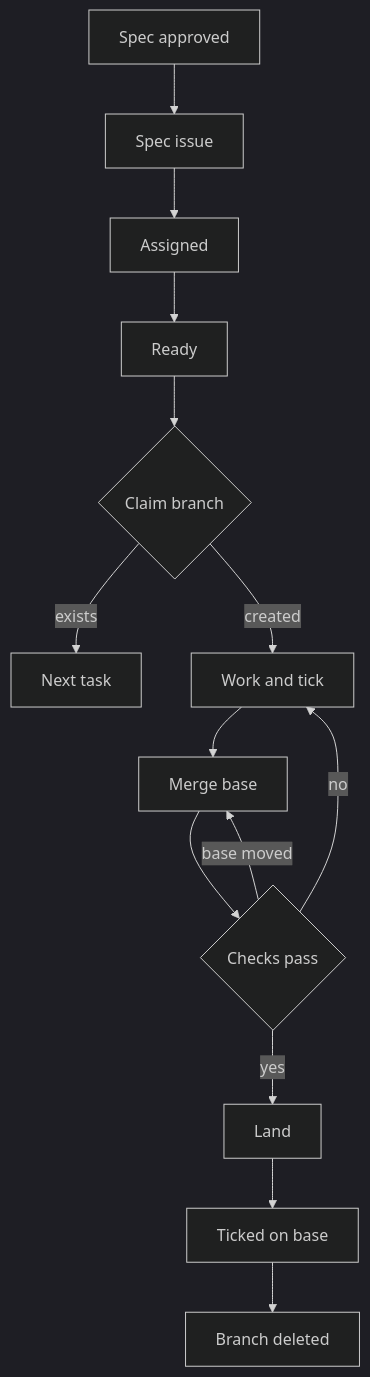
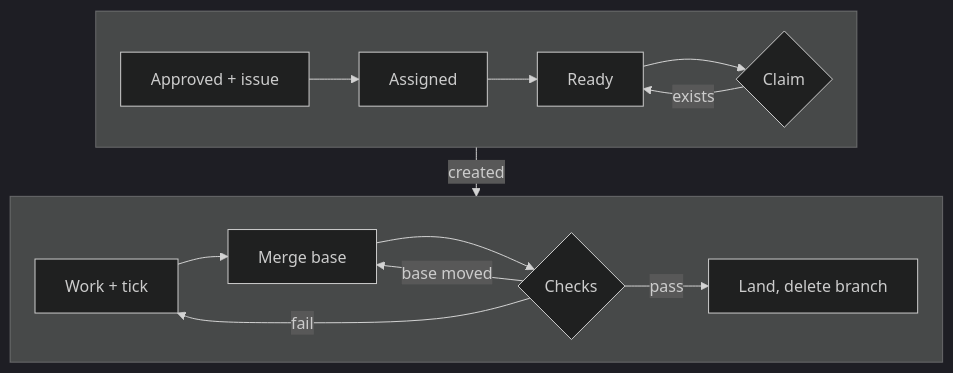
Before and after one commit to mtdowling/avoozl: the first of 2 diagrams in docs/github-workflow.md, drawn with Mermaid (dark theme). The commit also changed other lines of this file, not shown here.

Commit message:
Compact the workflow page diagrams

````diff
--- a/docs/github-workflow.md
+++ b/docs/github-workflow.md
@@ -33,16 +33,16 @@
 ```mermaid
-flowchart TD
-  approve[Spec approved] --> issue[Spec issue]
-  issue --> assign[Assigned]
-  assign --> ready[Ready]
-  ready --> claim{Claim branch}
-  claim -- exists --> next[Next task]
-  claim -- created --> work[Work and tick]
-  work --> merge[Merge base]
-  merge --> checks{Checks pass}
-  checks -- no --> work
+%%{init: {"flowchart": {"nodeSpacing": 20, "rankSpacing": 25}}}%%
+flowchart TB
+  subgraph pick [" "]
+    direction LR
+    approve[Approved + issue] --> assign[Assigned] --> ready[Ready] --> claim{Claim}
+  end
+  subgraph run [" "]
+    direction LR
+    work[Work + tick] --> merge[Merge base] --> checks{Checks} -- pass --> land[Land, delete branch]
+  end
+  claim -- exists --> ready
+  pick -- created --> run
+  checks -- fail --> work
   checks -- base moved --> merge
-  checks -- yes --> land[Land]
-  land --> ticked[Ticked on base]
-  ticked --> delete[Branch deleted]
 ```
````
